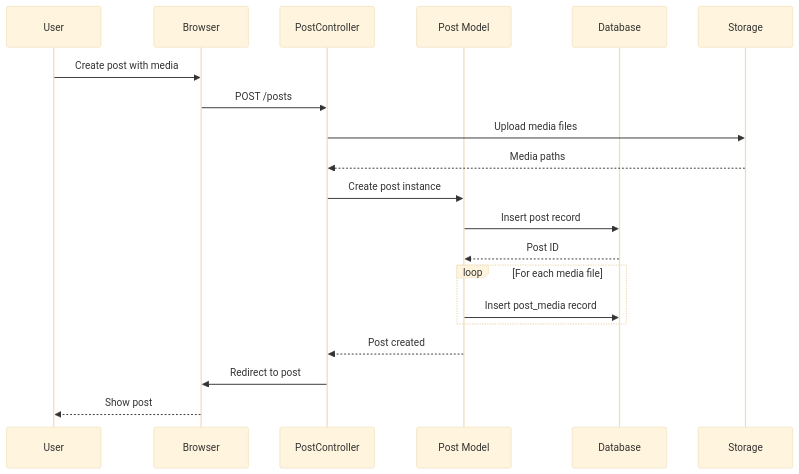
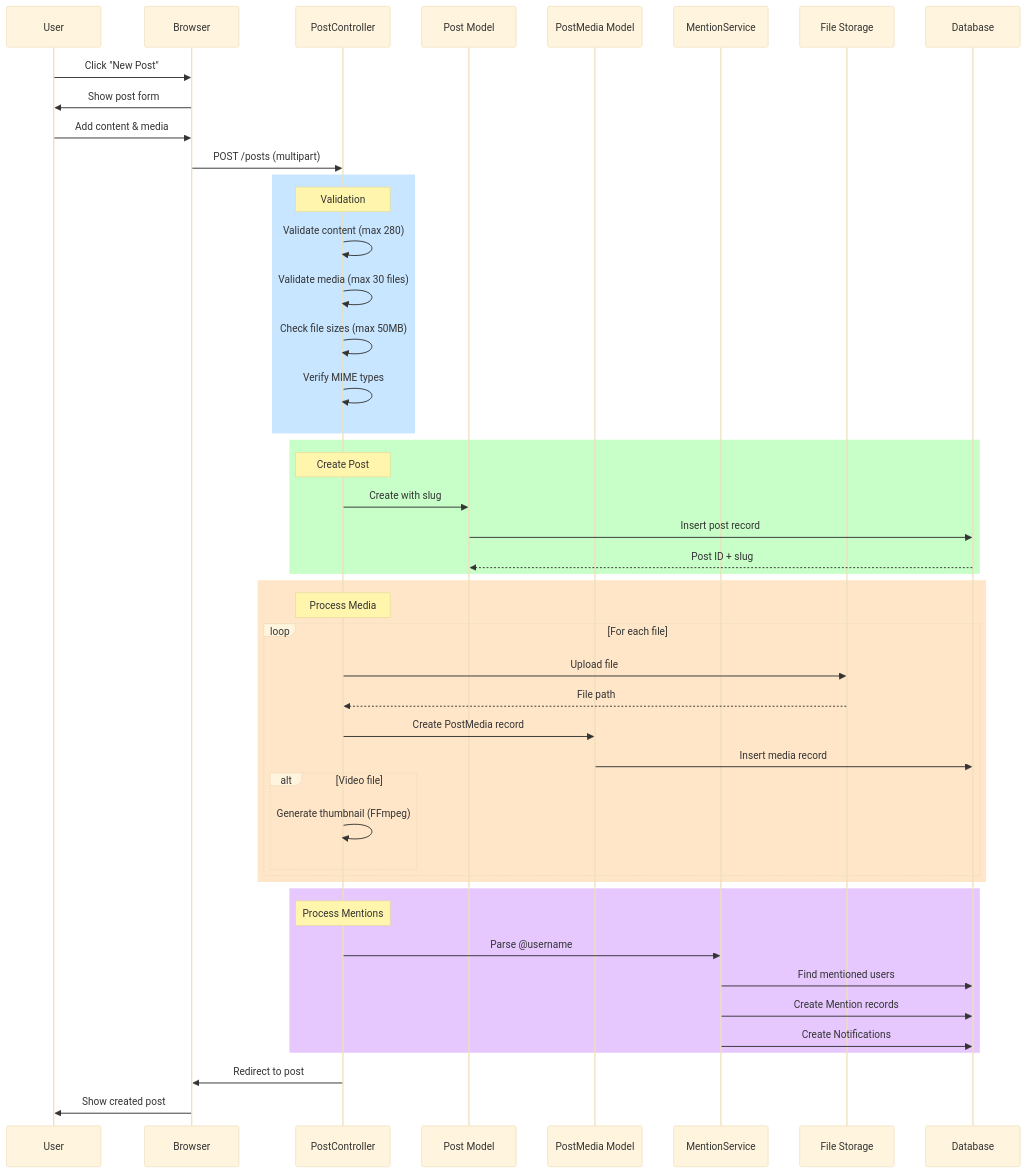
One commit to vd120/laravel_project changed the sixth of 28 diagrams in UML.md. Above: the diagram before and after it, drawn with Mermaid (base theme). The commit also changed other lines of this file and 36 other files, not shown here.

````diff
--- a/UML.md
+++ b/UML.md
@@ -513,23 +1020,55 @@
 ```mermaid
 sequenceDiagram
     participant U as User
     participant B as Browser
     participant PC as PostController
-    participant PM as Post Model
+    participant PostM as Post Model
+    participant MediaM as PostMedia Model
+    participant MentionS as MentionService
+    participant Storage as File Storage
     participant DB as Database
-    participant S as Storage
 
-    U->>B: Create post with media
-    B->>PC: POST /posts
-    PC->>S: Upload media files
-    S-->>PC: Media paths
-    PC->>PM: Create post instance
-    PM->>DB: Insert post record
-    DB-->>PM: Post ID
-    loop For each media file
-        PM->>DB: Insert post_media record
+    U->>B: Click "New Post"
+    B->>U: Show post form
+    U->>B: Add content & media
+    B->>PC: POST /posts (multipart)
+
+    rect rgb(200, 230, 255)
+        Note over PC: Validation
+        PC->>PC: Validate content (max 280)
+        PC->>PC: Validate media (max 30 files)
+        PC->>PC: Check file sizes (max 50MB)
+        PC->>PC: Verify MIME types
     end
-    PM-->>PC: Post created
+
+    rect rgb(200, 255, 200)
+        Note over PC: Create Post
+        PC->>PostM: Create with slug
+        PostM->>DB: Insert post record
+        DB-->>PostM: Post ID + slug
+    end
+
+    rect rgb(255, 230, 200)
+        Note over PC: Process Media
+        loop For each file
+            PC->>Storage: Upload file
+            Storage-->>PC: File path
+            PC->>MediaM: Create PostMedia record
+            MediaM->>DB: Insert media record
+            alt Video file
+                PC->>PC: Generate thumbnail (FFmpeg)
+            end
+        end
+    end
+
+    rect rgb(230, 200, 255)
+        Note over PC: Process Mentions
+        PC->>MentionS: Parse @username
+        MentionS->>DB: Find mentioned users
+        MentionS->>DB: Create Mention records
+        MentionS->>DB: Create Notifications
+    end
+
     PC->>B: Redirect to post
-    B-->>U: Show post
+    B->>U: Show created post
 ```
````
